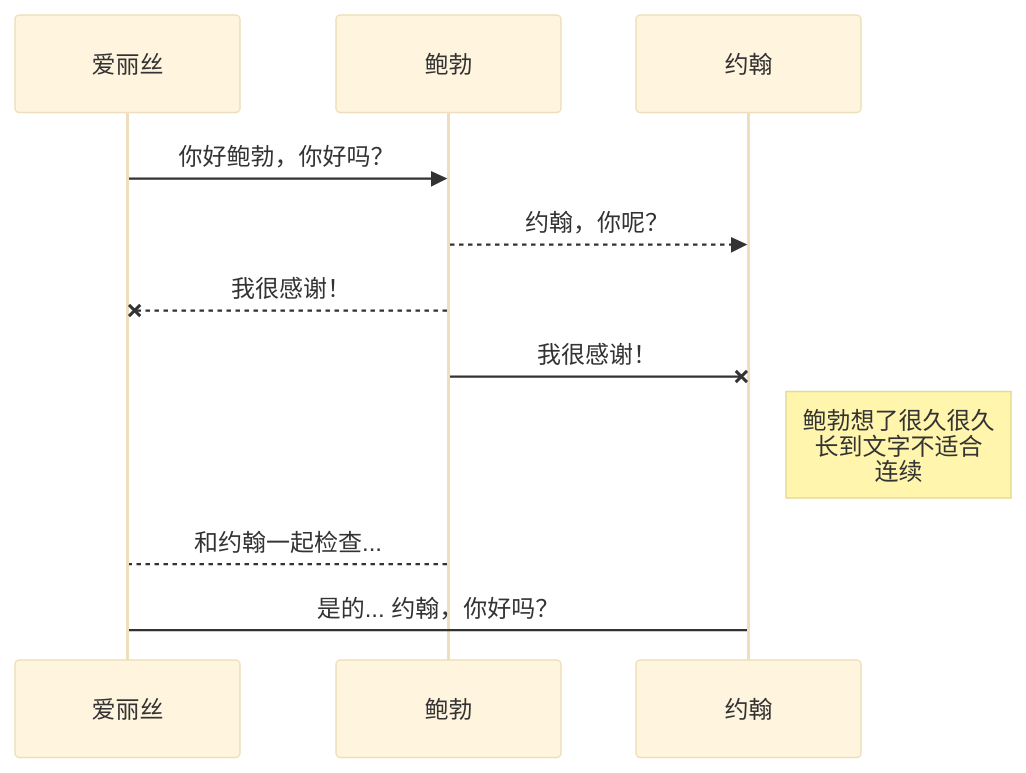
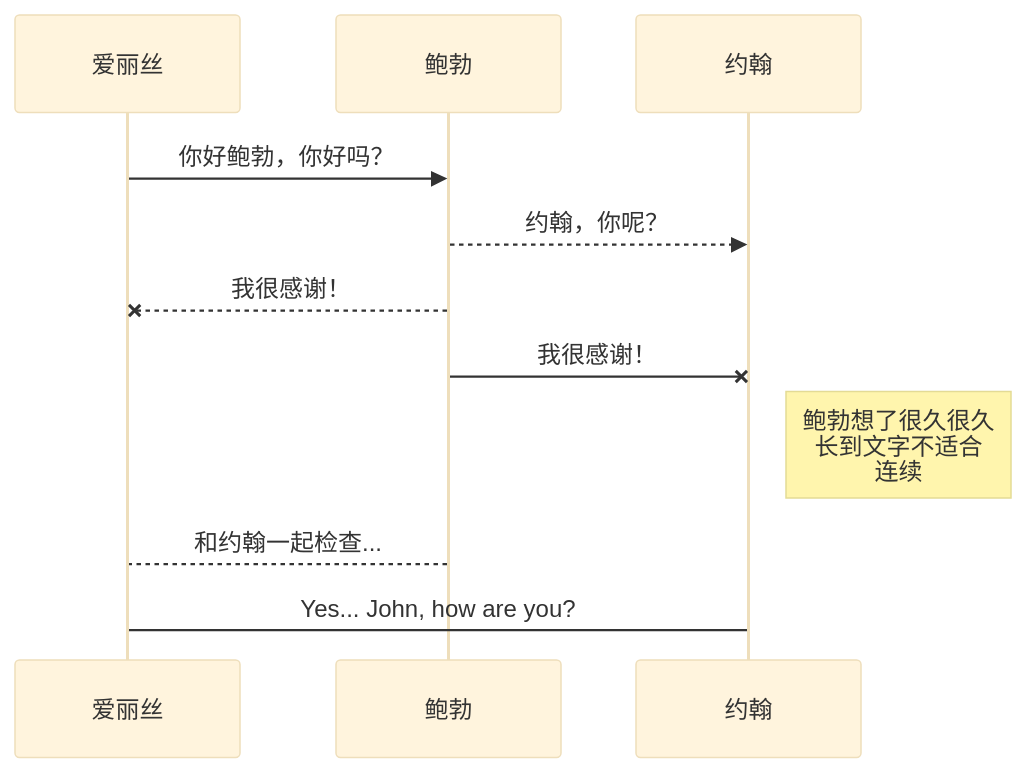
Before and after one commit to RisunJiang/notebook: the second of 4 diagrams in 帮助.md, drawn with Mermaid (base theme). The commit also changed other lines of this file, not shown here.

````diff
--- a/帮助.md
+++ b/帮助.md
@@ -138,11 +137,11 @@
 ```mermaid
 sequenceDiagram
 爱丽丝 ->> 鲍勃: 你好鲍勃，你好吗？
 鲍勃-->>约翰: 约翰，你呢？
 鲍勃--x 爱丽丝: 我很感谢！
 鲍勃-x 约翰: 我很感谢！
 Note right of 约翰: 鲍勃想了很久很久<br/>长到文字不适合<br/>连续
 
 鲍勃-->爱丽丝: 和约翰一起检查...
-爱丽丝->约翰: 是的... 约翰，你好吗？
+爱丽丝->约翰: Yes... John, how are you?
 ```
````
